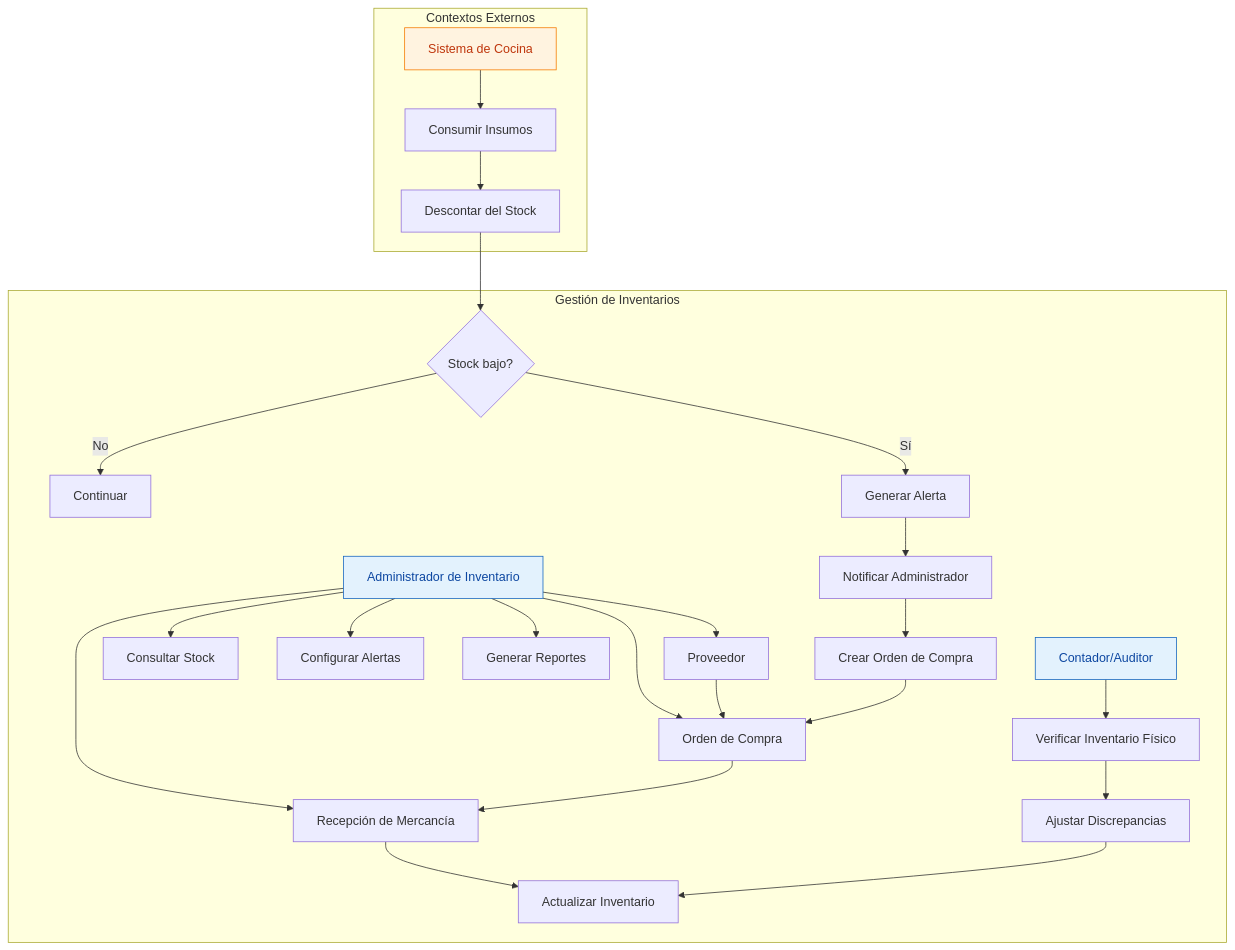
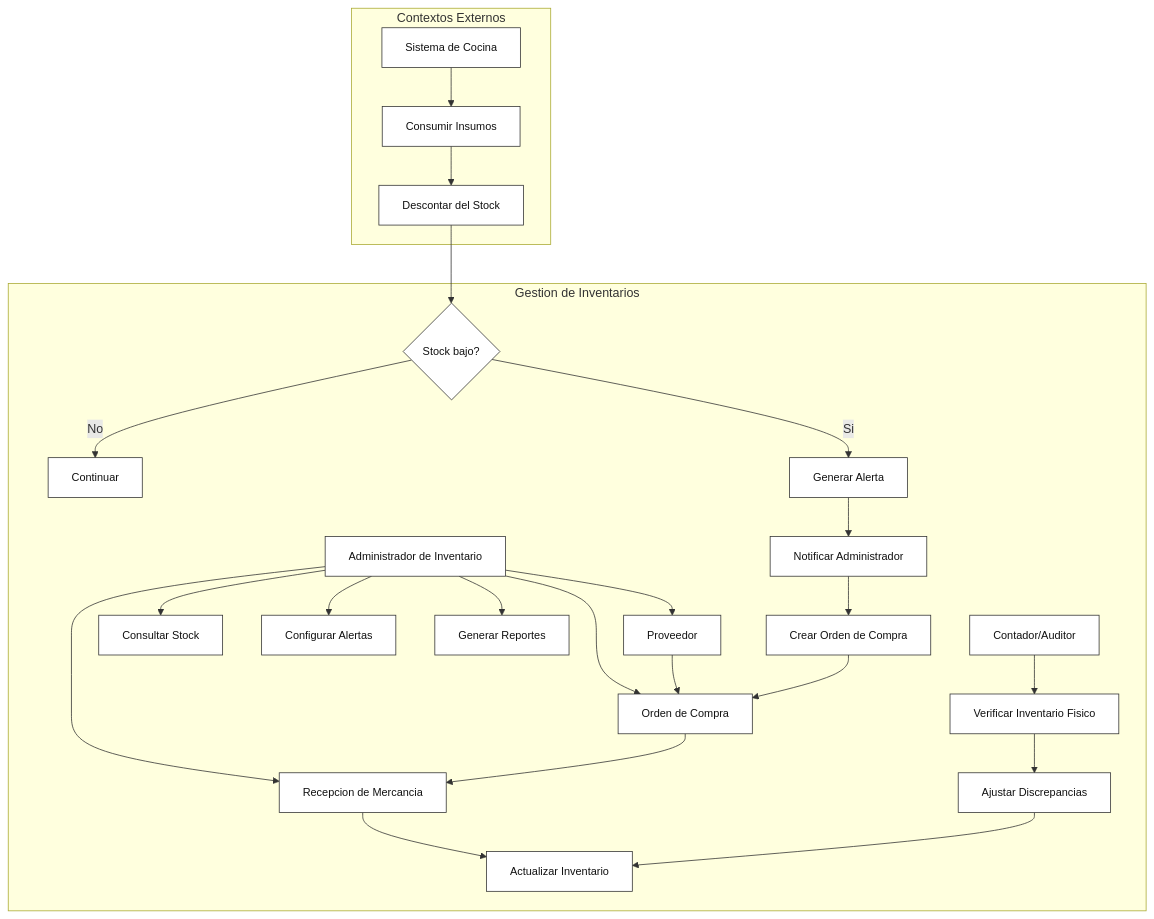
The first of 9 diagrams in README.md (daniellelooo/ddd-inventario), drawn with Mermaid before and after one commit. The commit also changed 1 other file, not shown here.

Commit message:
update 3.0 md

````diff
--- a/README.md
+++ b/README.md
@@ -276,46 +276,47 @@
 ```mermaid
 flowchart TB
-    subgraph GI[Gestión de Inventarios]
+    classDef node fill:#ffffff,stroke:#333,color:#111,font-size:14px;
+    classDef decision fill:#ffffff,stroke:#333,color:#111,font-size:14px;
+
+    subgraph GI[Gestion de Inventarios]
         AI[Administrador de Inventario]
         PV[Proveedor]
         OC[Orden de Compra]
-        RM[Recepción de Mercancía]
+        RM[Recepcion de Mercancia]
         AU[Actualizar Inventario]
         CS[Consultar Stock]
         AL[Configurar Alertas]
         GR[Generar Reportes]
         CA[Contador/Auditor]
-        VF[Verificar Inventario Físico]
+        VF[Verificar Inventario Fisico]
         AD[Ajustar Discrepancias]
         SB{Stock bajo?}
         CT[Continuar]
         GA[Generar Alerta]
         NA[Notificar Administrador]
         COC[Crear Orden de Compra]
     end
 
     subgraph EX[Contextos Externos]
         SC[Sistema de Cocina]
         CI[Consumir Insumos]
         DS[Descontar del Stock]
     end
 
     AI --> CS
     AI --> AL
     AI --> GR
     AI --> RM
     AI --> OC
     RM --> AU
 
     AI --> PV --> OC --> RM
     CA --> VF --> AD --> AU
 
     SC --> CI --> DS --> SB
     SB -- No --> CT
-    SB -- Sí --> GA --> NA --> COC --> OC
+    SB -- Si --> GA --> NA --> COC --> OC
 
-    classDef actor fill:#E3F2FD,stroke:#1565C0,color:#0D47A1;
-    classDef external fill:#FFF3E0,stroke:#F57C00,color:#BF360C;
-    class AI,CA actor;
-    class SC external;
+    class AI,PV,OC,RM,AU,CS,AL,GR,CA,VF,AD,CT,GA,NA,COC,SC,CI,DS node;
+    class SB decision;
 ```
````
